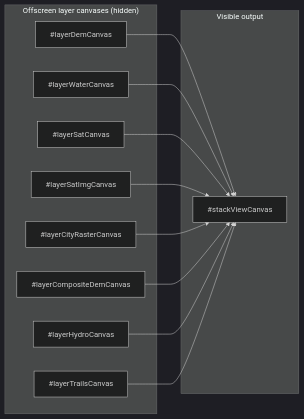
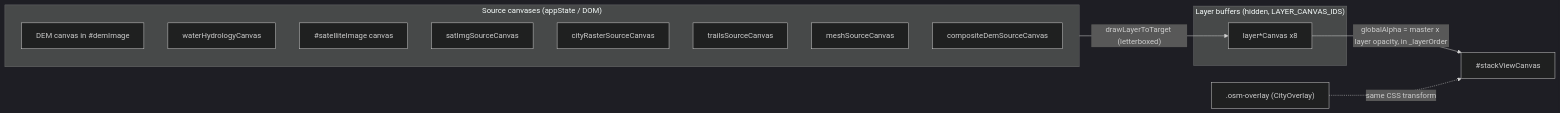
Before and after one commit to EdgarCardenasDeLaHoz/map2stl: the first of 7 diagrams in docs/reference/layer-system.md, drawn with Mermaid (dark theme). The commit also changed other lines of this file and 314 other files, not shown here.

First line of the commit message:
Docs reorganized: one INDEX, guides/, reference/, decisions/, plans roadmap, research/, history/

````diff
--- a/docs/reference/layer-system.md
+++ b/docs/reference/layer-system.md
@@ -15,17 +27,19 @@
 ```mermaid
 flowchart LR
-    subgraph Offscreen ["Offscreen layer canvases (hidden)"]
-        DEM["#layerDemCanvas"]
-        WATER["#layerWaterCanvas"]
-        SAT["#layerSatCanvas"]
-        SATIMG["#layerSatImgCanvas"]
-        CITY["#layerCityRasterCanvas"]
-        COMP["#layerCompositeDemCanvas"]
-        HYDRO["#layerHydroCanvas"]
-        TRAILS["#layerTrailsCanvas"]
+    subgraph Sources ["Source canvases (appState / DOM)"]
+        S1["DEM canvas in #demImage"]
+        S2["waterHydrologyCanvas"]
+        S3["#satelliteImage canvas"]
+        S4["satImgSourceCanvas"]
+        S5["cityRasterSourceCanvas"]
+        S6["trailsSourceCanvas"]
+        S7["meshSourceCanvas"]
+        S8["compositeDemSourceCanvas"]
     end
-    subgraph Visible ["Visible output"]
-        STACK["#stackViewCanvas"]
+    subgraph Buffers ["Layer buffers (hidden, LAYER_CANVAS_IDS)"]
+        B["layer*Canvas x8"]
     end
-    DEM & WATER & SAT & SATIMG & CITY & COMP & HYDRO & TRAILS --> STACK
+    Sources -->|"drawLayerToTarget (letterboxed)"| B
+    B -->|"globalAlpha = master x layer opacity, in _layerOrder"| STACK["#stackViewCanvas"]
+    OSM[".osm-overlay (CityOverlay)"] -.->|"same CSS transform"| STACK
 ```
````
